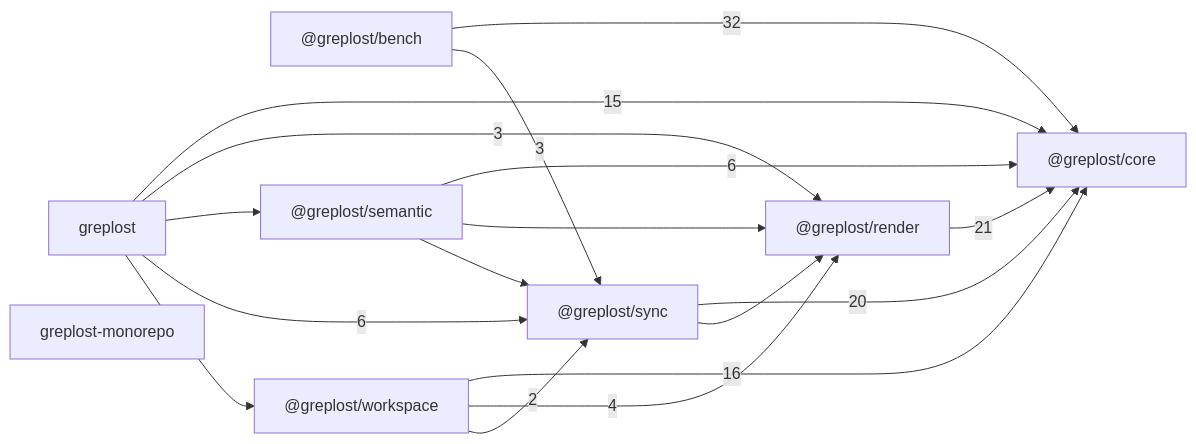
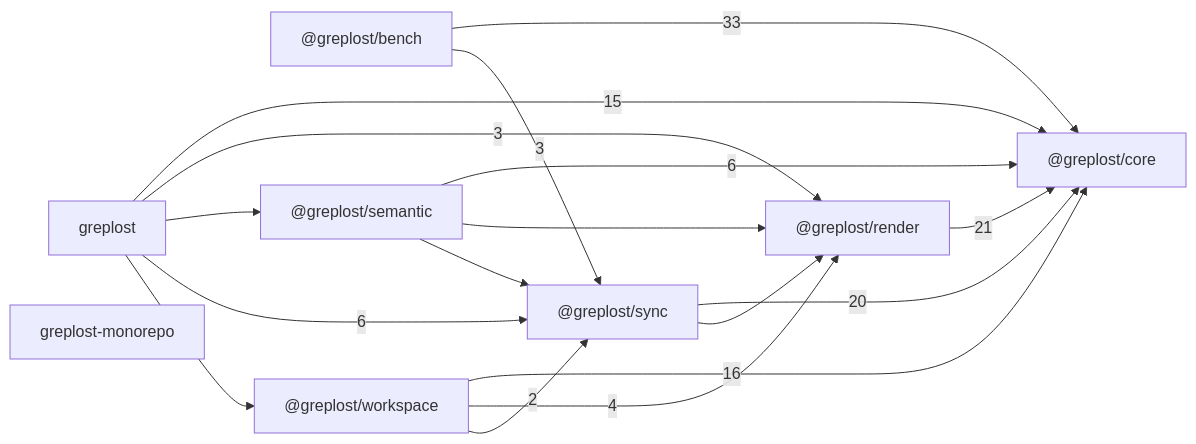
The diagram in .greplost/repo/MAP.md (sns45/greplost), drawn with Mermaid before and after one commit. The commit also changed other lines of this file and 16 other files, not shown here.

````diff
--- a/.greplost/repo/MAP.md
+++ b/.greplost/repo/MAP.md
@@ -21,27 +21,27 @@
 ```mermaid
 graph LR
   _greplost_bench["@greplost/bench"]
   _greplost_core["@greplost/core"]
   _greplost_render["@greplost/render"]
   _greplost_semantic["@greplost/semantic"]
   _greplost_sync["@greplost/sync"]
   _greplost_workspace["@greplost/workspace"]
   greplost["greplost"]
   greplost_monorepo["greplost-monorepo"]
-  _greplost_bench -->|32| _greplost_core
+  _greplost_bench -->|33| _greplost_core
   _greplost_bench -->|3| _greplost_sync
   _greplost_render -->|21| _greplost_core
   _greplost_semantic -->|6| _greplost_core
   _greplost_semantic --> _greplost_render
   _greplost_semantic --> _greplost_sync
   _greplost_sync -->|20| _greplost_core
   _greplost_sync --> _greplost_render
   _greplost_workspace -->|16| _greplost_core
   _greplost_workspace -->|4| _greplost_render
   _greplost_workspace -->|2| _greplost_sync
   greplost -->|15| _greplost_core
   greplost -->|3| _greplost_render
   greplost --> _greplost_semantic
   greplost -->|6| _greplost_sync
   greplost --> _greplost_workspace
 ```
````
